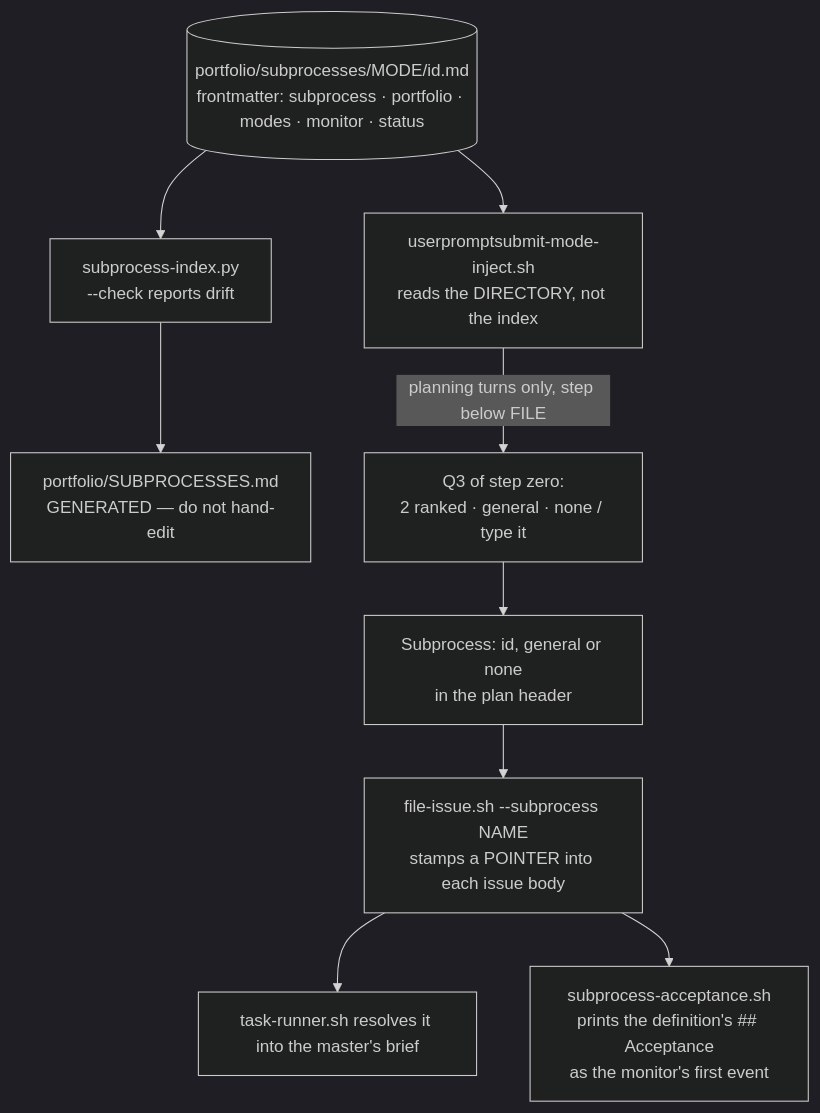
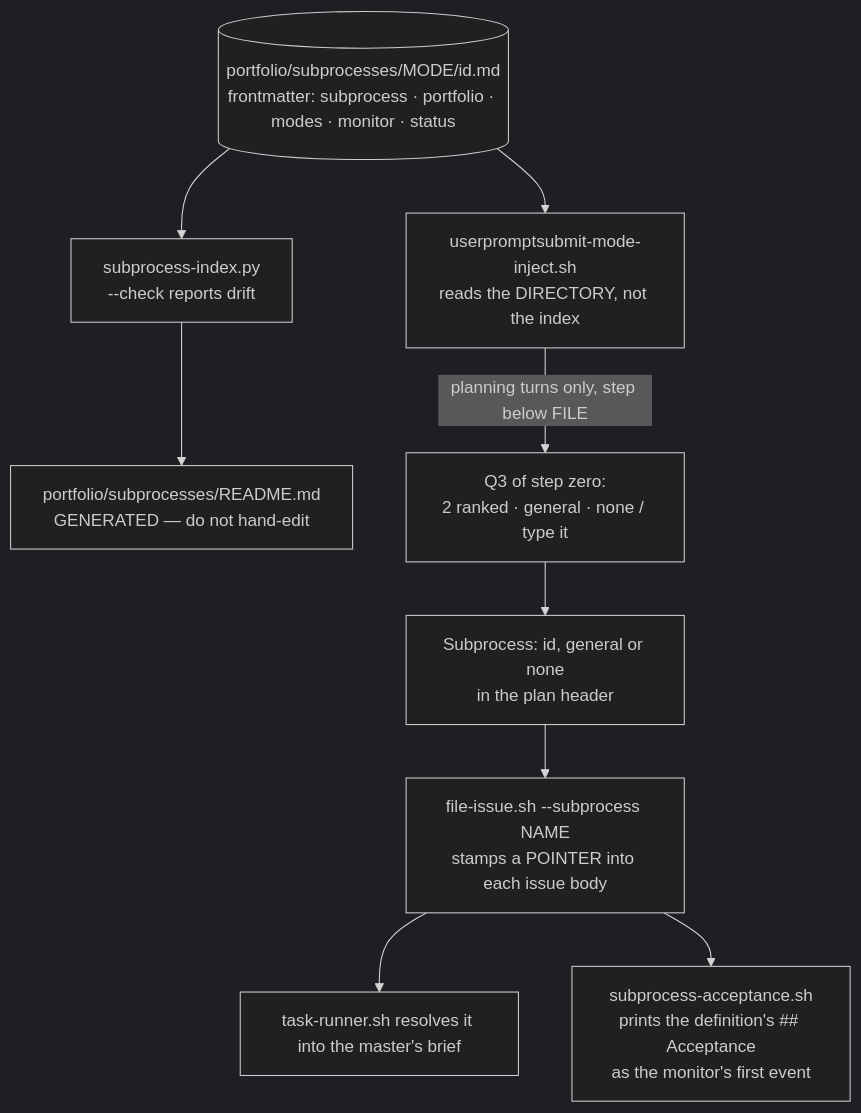
Before and after one commit to utopia-models/docs: the diagram in content/docs/source/wi/components/subprocess-catalogue.md, drawn with Mermaid (dark theme). The commit also changed other lines of this file and 49 other files, not shown here.

````diff
--- a/content/docs/source/wi/components/subprocess-catalogue.md
+++ b/content/docs/source/wi/components/subprocess-catalogue.md
@@ -62,12 +63,12 @@
 ```mermaid
 flowchart TD
     D[("portfolio/subprocesses/MODE/id.md<br/>frontmatter: subprocess · portfolio · modes · monitor · status")]
     D --> IDX["subprocess-index.py<br/>--check reports drift"]
-    IDX --> MD["portfolio/SUBPROCESSES.md<br/>GENERATED — do not hand-edit"]
+    IDX --> MD["portfolio/subprocesses/README.md<br/>GENERATED — do not hand-edit"]
     D --> HOOK["userpromptsubmit-mode-inject.sh<br/>reads the DIRECTORY, not the index"]
     HOOK -- "planning turns only, step below FILE" --> Q3["Q3 of step zero:<br/>2 ranked · general · none / type it"]
     Q3 --> PLAN["Subprocess: id, general or none<br/>in the plan header"]
     PLAN --> FI["file-issue.sh --subprocess NAME<br/>stamps a POINTER into each issue body"]
     FI --> TR["task-runner.sh resolves it into the master's brief"]
     FI --> ACC["subprocess-acceptance.sh<br/>prints the definition's ## Acceptance<br/>as the monitor's first event"]
 ```
````
